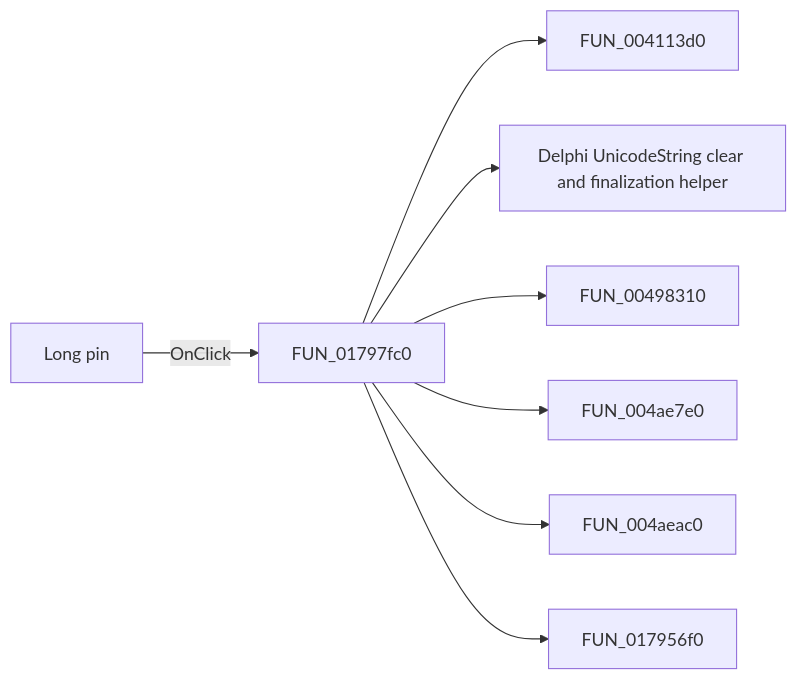
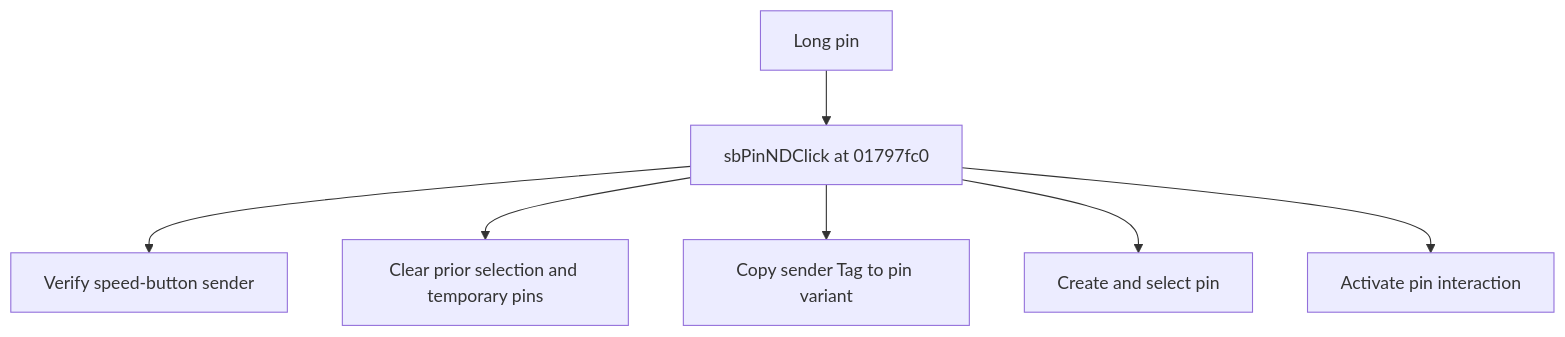
The diagram in docs/ui-controls/shapeedit/sbpinln-24404d5ef4.md (MovGP0/TIARA), drawn with Mermaid before and after one commit. The commit also changed other lines of this file and 1062 other files, not shown here.

````diff
--- a/docs/ui-controls/shapeedit/sbpinln-24404d5ef4.md
+++ b/docs/ui-controls/shapeedit/sbpinln-24404d5ef4.md
@@ -27,10 +27,9 @@
 ```mermaid
-flowchart LR
-    control["Long pin"] -->|OnClick| handler["FUN_01797fc0"]
-    handler --> call1["FUN_004113d0"]
-    handler --> call2["Delphi UnicodeString clear and finalization helper"]
-    handler --> call3["FUN_00498310"]
-    handler --> call4["FUN_004ae7e0"]
-    handler --> call5["FUN_004aeac0"]
-    handler --> call6["FUN_017956f0"]
+flowchart TD
+    control["Long pin"] --> handler["sbPinNDClick at 01797fc0"]
+    handler --> step1["Verify speed-button sender"]
+    handler --> step2["Clear prior selection and temporary pins"]
+    handler --> step3["Copy sender Tag to pin variant"]
+    handler --> step4["Create and select pin"]
+    handler --> step5["Activate pin interaction"]
 ```
````
